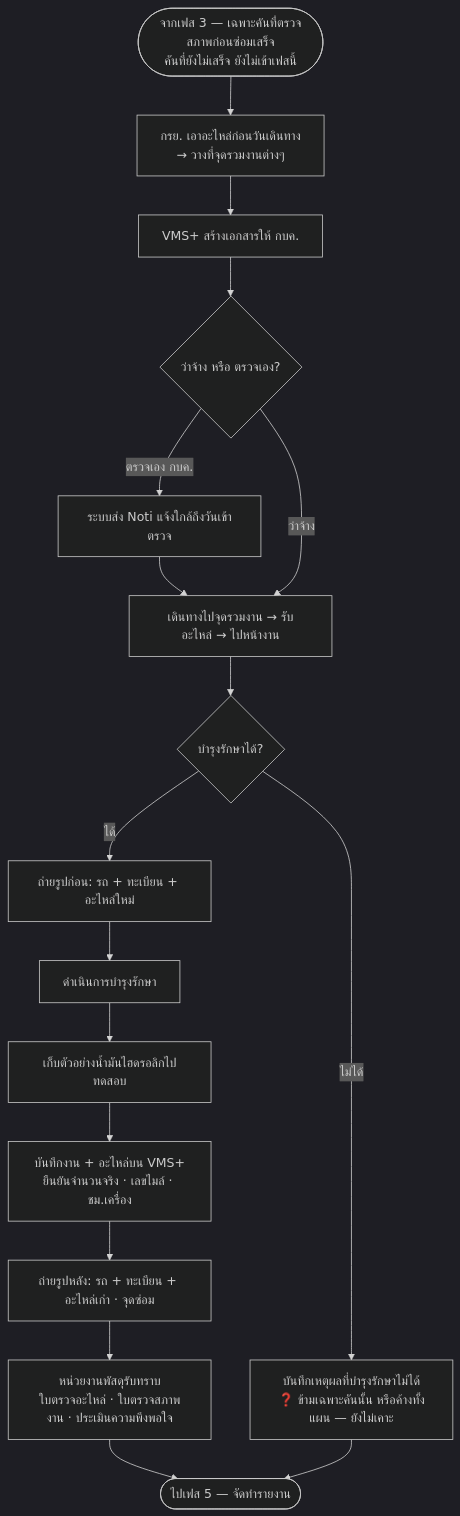
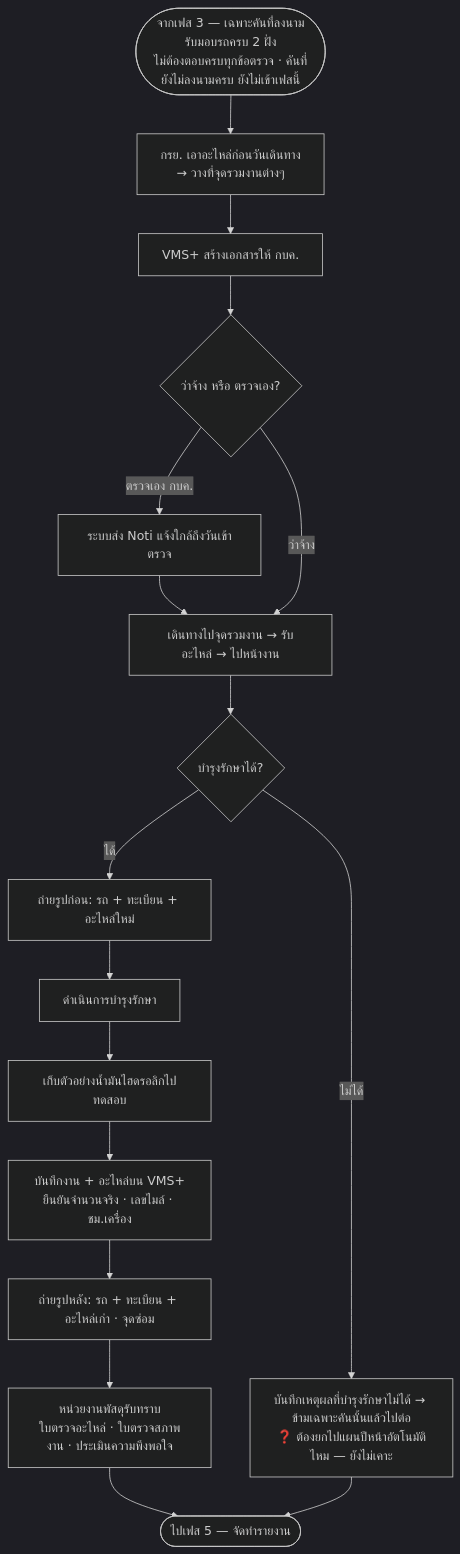
The diagram in Diagram/01-บำรุงรักษาตามวาระ/03-เฟส2-ดำเนินการบำรุงรักษา.md (anugmail/Maintenance-Request-Form), drawn with Mermaid (dark theme) before and after one commit. The commit also changed other lines of this file and 7 other files, not shown here.

````diff
--- a/Diagram/01-บำรุงรักษาตามวาระ/03-เฟส2-ดำเนินการบำรุงรักษา.md
+++ b/Diagram/01-บำรุงรักษาตามวาระ/03-เฟส2-ดำเนินการบำรุงรักษา.md
@@ -20,19 +25,19 @@
 ```mermaid
 flowchart TB
-    S([จากเฟส 3 — เฉพาะคันที่ตรวจสภาพก่อนซ่อมเสร็จ<br/>คันที่ยังไม่เสร็จ ยังไม่เข้าเฟสนี้]) --> P[กรย. เอาอะไหล่ก่อนวันเดินทาง<br/>→ วางที่จุดรวมงานต่างๆ]
+    S([จากเฟส 3 — เฉพาะคันที่ลงนามรับมอบรถครบ 2 ฝั่ง<br/>ไม่ต้องตอบครบทุกข้อตรวจ · คันที่ยังไม่ลงนามครบ ยังไม่เข้าเฟสนี้]) --> P[กรย. เอาอะไหล่ก่อนวันเดินทาง<br/>→ วางที่จุดรวมงานต่างๆ]
     P --> Q[VMS+ สร้างเอกสารให้ กบค.]
     Q --> D{ว่าจ้าง หรือ ตรวจเอง?}
     D -->|ตรวจเอง กบค.| N0[ระบบส่ง Noti แจ้งใกล้ถึงวันเข้าตรวจ]
     N0 --> R[เดินทางไปจุดรวมงาน → รับอะไหล่ → ไปหน้างาน]
     D -->|ว่าจ้าง| R
     R --> DEC{บำรุงรักษาได้?}
-    DEC -->|ไม่ได้| X["บันทึกเหตุผลที่บำรุงรักษาไม่ได้<br/>❓ ข้ามเฉพาะคันนั้น หรือค้างทั้งแผน — ยังไม่เคาะ"]
+    DEC -->|ไม่ได้| X["บันทึกเหตุผลที่บำรุงรักษาไม่ได้ → ข้ามเฉพาะคันนั้นแล้วไปต่อ<br/>❓ ต้องยกไปแผนปีหน้าอัตโนมัติไหม — ยังไม่เคาะ"]
     DEC -->|ได้| C1[ถ่ายรูปก่อน: รถ + ทะเบียน + อะไหล่ใหม่]
     C1 --> C2[ดำเนินการบำรุงรักษา]
     C2 --> C3[เก็บตัวอย่างน้ำมันไฮดรอลิกไปทดสอบ]
     C3 --> C4[บันทึกงาน + อะไหล่บน VMS+<br/>ยืนยันจำนวนจริง · เลขไมล์ · ชม.เครื่อง]
     C4 --> C5[ถ่ายรูปหลัง: รถ + ทะเบียน + อะไหล่เก่า · จุดซ่อม]
     C5 --> C6[หน่วยงานพัสดุรับทราบ<br/>ใบตรวจอะไหล่ · ใบตรวจสภาพงาน · ประเมินความพึงพอใจ]
     C6 --> E([ไปเฟส 5 — จัดทำรายงาน])
     X --> E
 ```
````
